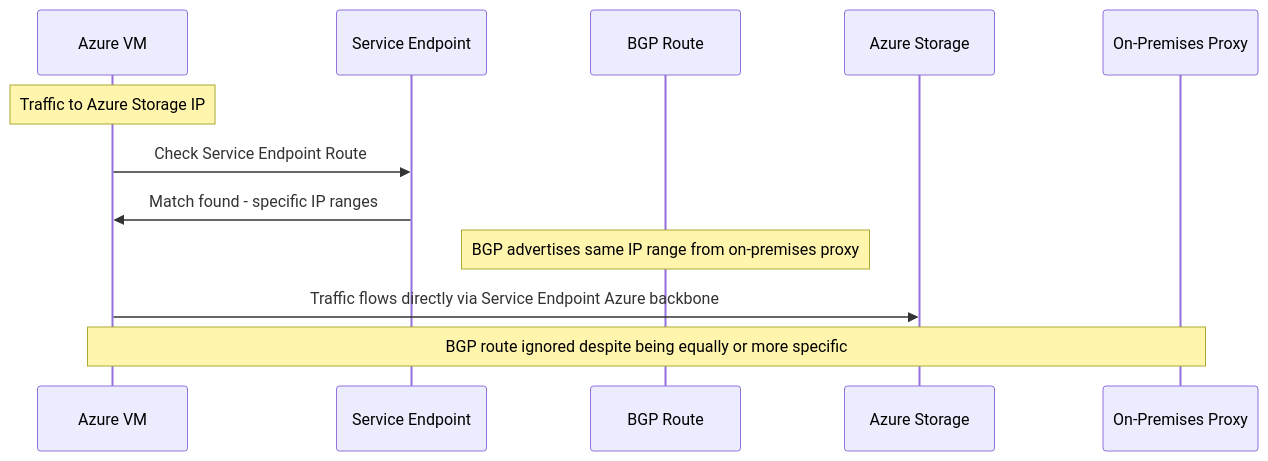
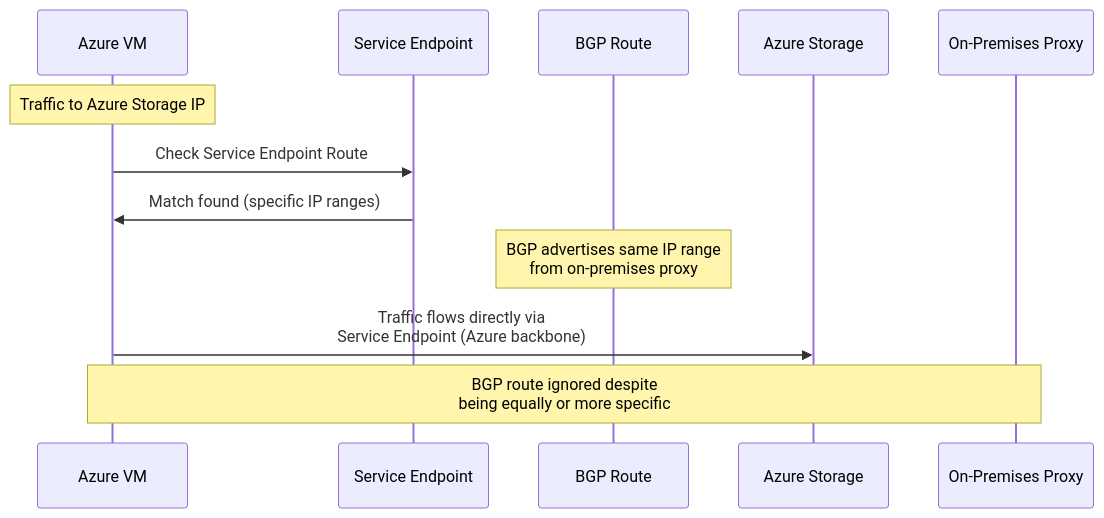
The third of 13 diagrams in content/posts/azure-routing-rules-hybrid/index.md (samirgonz/cloudarchitect-blog), drawn with Mermaid before and after one commit. The commit also changed other lines of this file, not shown here.

````diff
--- a/content/posts/azure-routing-rules-hybrid/index.md
+++ b/content/posts/azure-routing-rules-hybrid/index.md
@@ -87,18 +84,18 @@
 ```mermaid
 sequenceDiagram
     participant VM as Azure VM
     participant SE as Service Endpoint
     participant BGP as BGP Route
     participant Storage as Azure Storage
     participant OnPrem as On-Premises Proxy
     
     Note over VM: Traffic to Azure Storage IP
     VM->>SE: Check Service Endpoint Route
-    SE->>VM: Match found - specific IP ranges
+    SE->>VM: Match found (specific IP ranges)
     
-    Note over BGP: BGP advertises same IP range from on-premises proxy
+    Note over BGP: BGP advertises same IP range<br/>from on-premises proxy
     
-    VM->>Storage: Traffic flows directly via Service Endpoint Azure backbone
+    VM->>Storage: Traffic flows directly via<br/>Service Endpoint (Azure backbone)
     
-    Note over VM,OnPrem: BGP route ignored despite being equally or more specific
+    Note over VM,OnPrem: BGP route ignored despite<br/>being equally or more specific
 ```
````
